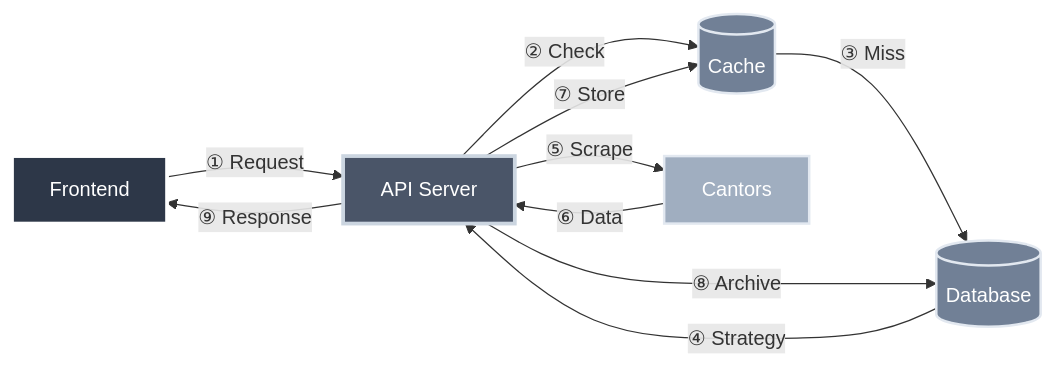
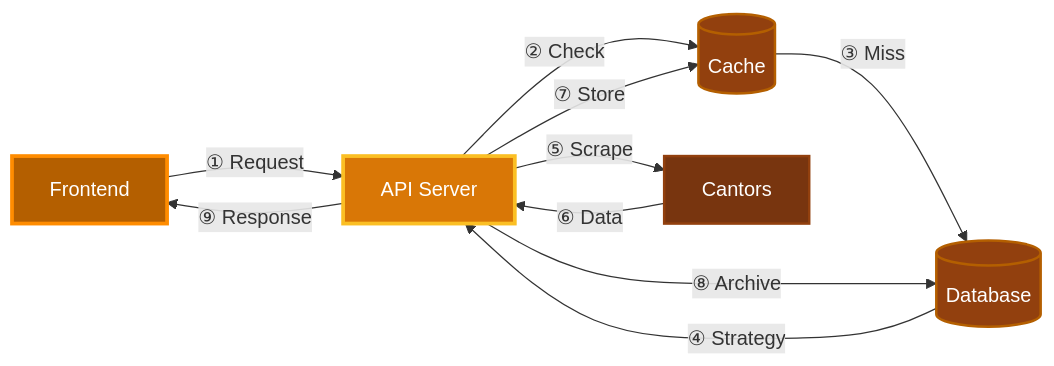
One commit to Niutaq/Gix changed the diagram in README.md. Above: the diagram before and after it, drawn with Mermaid. The commit also changed other lines of this file, not shown here.

````diff
--- a/README.md
+++ b/README.md
@@ -3,18 +20,18 @@
 ```mermaid
 graph LR
     A[Frontend] -->|① Request| B[API Server]
     B -->|② Check| C[(Cache)]
     C -->|③ Miss| D[(Database)]
     D -->|④ Strategy| B
     B -->|⑤ Scrape| E[Cantors]
     E -->|⑥ Data| B
     B -->|⑦ Store| C
     B -->|⑧ Archive| D
     B -->|⑨ Response| A
     
-    style A fill:#2d3748,stroke:#fff,stroke-width:3px,color:#fff
-    style B fill:#4a5568,stroke:#cbd5e0,stroke-width:3px,color:#fff
-    style C fill:#718096,stroke:#e2e8f0,stroke-width:2px,color:#fff
-    style D fill:#718096,stroke:#e2e8f0,stroke-width:2px,color:#fff
-    style E fill:#a0aec0,stroke:#e2e8f0,stroke-width:2px,color:#fff
+    style A fill:#b45f00,stroke:#ff8c00,stroke-width:3px,color:#fff
+    style B fill:#d97706,stroke:#fbbf24,stroke-width:3px,color:#fff
+    style C fill:#92400e,stroke:#b45f00,stroke-width:2px,color:#fff
+    style D fill:#92400e,stroke:#b45f00,stroke-width:2px,color:#fff
+    style E fill:#78350f,stroke:#92400e,stroke-width:2px,color:#fff
 ```
````
